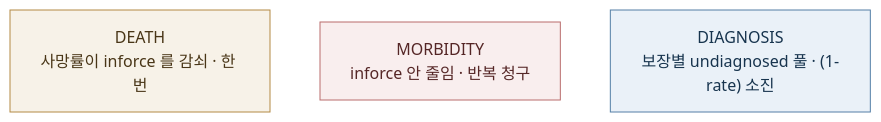
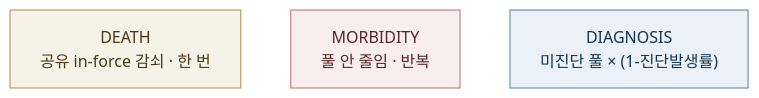
Before and after one commit to seokhoonj/fastcashflow: the diagram in docs/cookbook/basics/coverage-mechanics.md, drawn with Mermaid. The commit also changed other lines of this file and 6 other files, not shown here.

````diff
--- a/docs/cookbook/basics/coverage-mechanics.md
+++ b/docs/cookbook/basics/coverage-mechanics.md
@@ -55,12 +56,12 @@
 ```{mermaid}
 flowchart TB
-    DEATH["DEATH<br/>사망률이 inforce 를 감쇠 · 한 번"]
-    MORB["MORBIDITY<br/>inforce 안 줄임 · 반복 청구"]
-    DIAG["DIAGNOSIS<br/>보장별 undiagnosed 풀 · (1-rate) 소진"]
+    DEATH["DEATH<br/>공유 in-force 감쇠 · 한 번"]
+    MORB["MORBIDITY<br/>풀 안 줄임 · 반복"]
+    DIAG["DIAGNOSIS<br/>미진단 풀 × (1-진단발생률)"]
     classDef stock fill:#eaf1f8,stroke:#547fa6,color:#17344e
     classDef outflow fill:#f9eeee,stroke:#b96d6d,color:#552626
     classDef step fill:#f7f2e8,stroke:#b38a45,color:#493617
     class DEATH step
     class MORB outflow
     class DIAG stock
 ```
````
